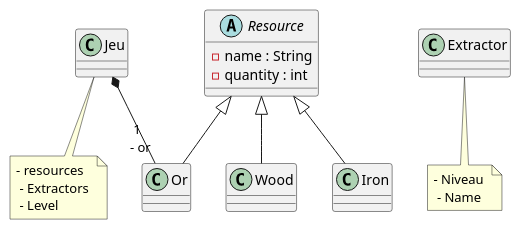
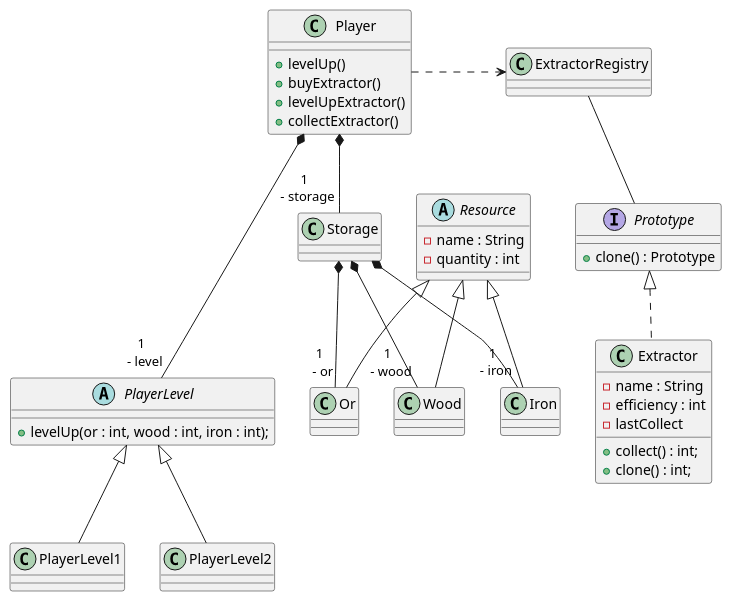
The diagram in ProjectManagment/UML/DGeneralClass.puml (skelirphoteman/Resource-Management-Game), drawn with PlantUML before and after one commit. The commit also changed 1 other file, not shown here.

```diff
--- a/ProjectManagment/UML/DGeneralClass.puml
+++ b/ProjectManagment/UML/DGeneralClass.puml
@@ -1,38 +1,74 @@
 @startuml
 'https://plantuml.com/class-diagram
 
-class Jeu{
+class Player{
+
+
+    + levelUp()
+    + buyExtractor()
+    + levelUpExtractor()
+    + collectExtractor()
+
 }
-note "- resources \n - Extractors \n - Level" as N1
 
-Jeu -- N1
+interface Prototype{
+    + clone() : Prototype
+}
 
-Jeu *-- "1 \n - or" Or
+class ExtractorRegistry{
 
+}
+
+ExtractorRegistry -- Prototype
+
+Player .right.> ExtractorRegistry
+
+class Extractor implements Prototype{
+    - name : String
+    - efficiency : int
+    - lastCollect
+
+
+    + collect() : int;
+    + clone() : int;
+}
+
+
+Player *--- "1 \n - level" PlayerLevel
+Player *-- "1 \n - storage" Storage
 abstract class Resource{
     - name : String
     - quantity : int
 }
 
+class Storage {
 
+}
+Storage *-- "1 \n - or" Or
+Storage *-- "1 \n - wood" Wood
+Storage *-- "1 \n - iron" Iron
 
 class Or extends Resource {
 }
 
 class Wood extends Resource {
 }
 
 
 class Iron extends Resource {
 }
 
+abstract class PlayerLevel {
+    + levelUp(or : int, wood : int, iron : int);
+}
 
 
+class PlayerLevel1 extends PlayerLevel {
 
+}
 
+class PlayerLevel2 extends PlayerLevel {
 
-class Extractor
-note "- Niveau \n - Name" as N3
+}
 
-Extractor -- N3
 @enduml
```
